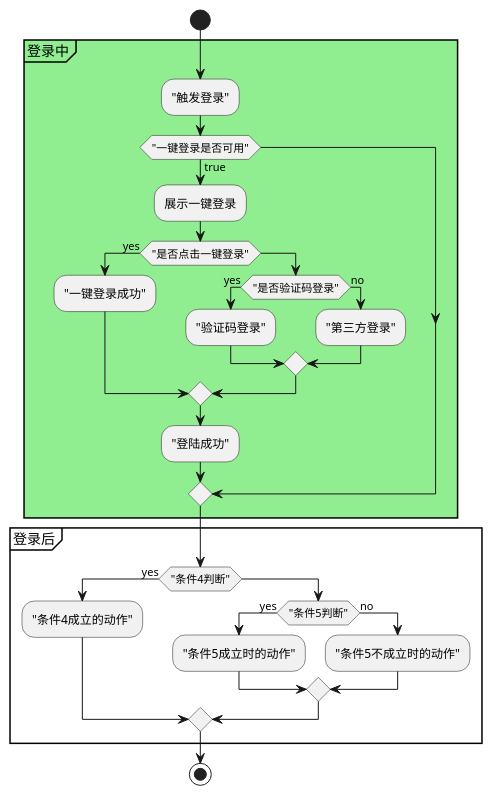
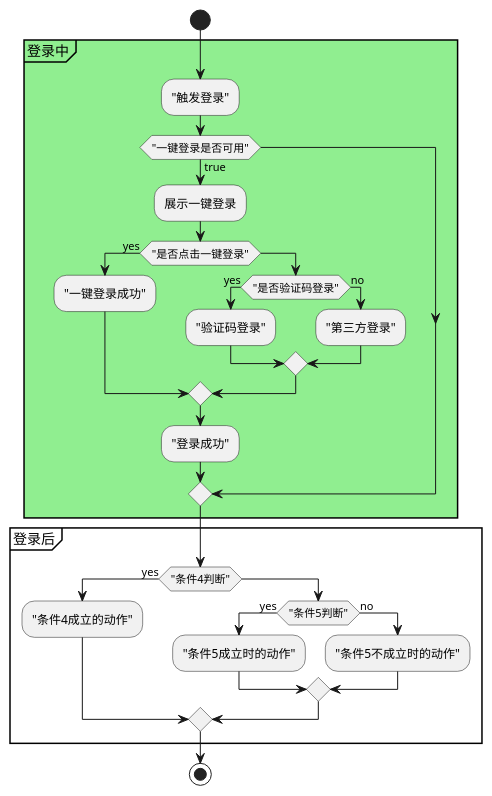
One commit to LiuliuS1/picture changed the diagram in test.plantuml. Above: the diagram before and after it, drawn with PlantUML.

Commit message:
修改错别字

```diff
--- a/test.plantuml
+++ b/test.plantuml
@@ -1,32 +1,32 @@
 @startuml ad
 start
 partition #lightGreen 登录中 {
 :"触发登录";
 if ("一键登录是否可用") then (true)
     :展示一键登录;
     if ("是否点击一键登录") then (yes)
         :"一键登录成功";
     else
         if ("是否验证码登录") then (yes)
             :"验证码登录";
         else (no)
             :"第三方登录";
         endif
     endif
-    :"登陆成功";
+    :"登录成功";
 endif
 }
 
 partition 登录后 {
 if ("条件4判断") then (yes)
 :"条件4成立的动作";
 else
     if ("条件5判断") then (yes)
         :"条件5成立时的动作";
     else (no)
         :"条件5不成立时的动作";
     endif
 endif
 }
 stop
 @enduml
```
